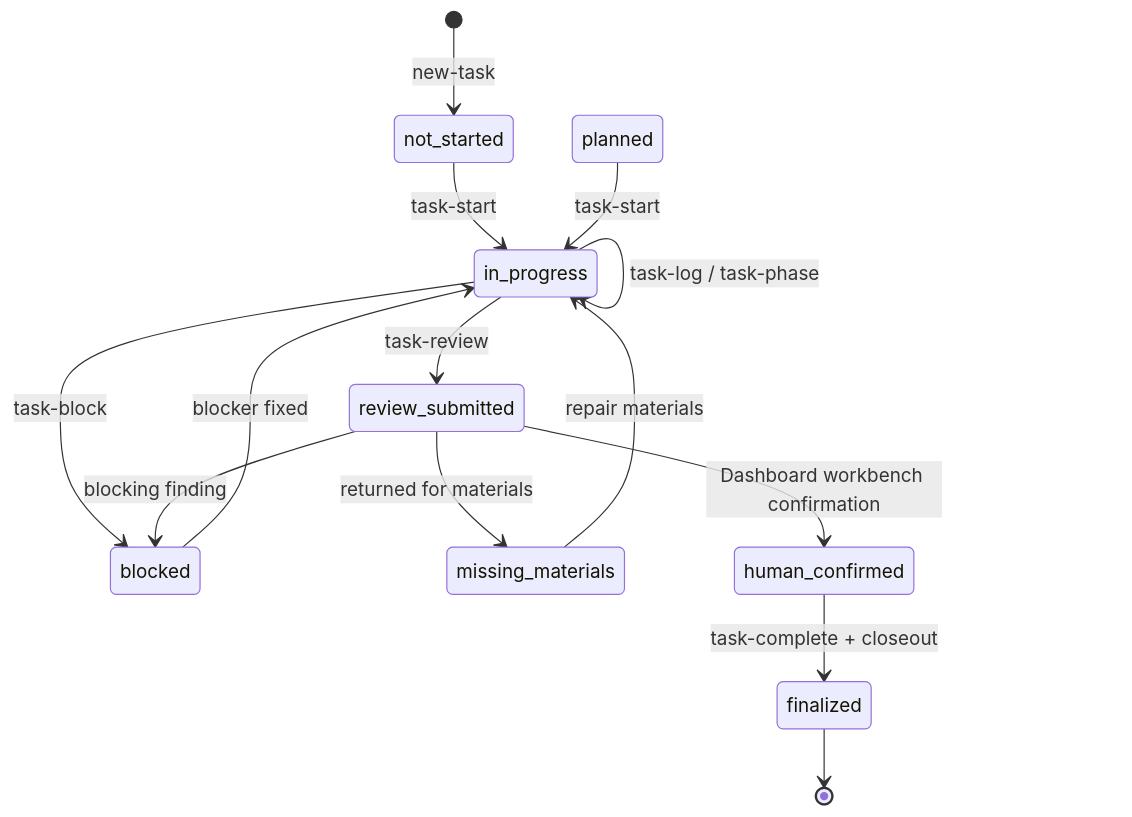
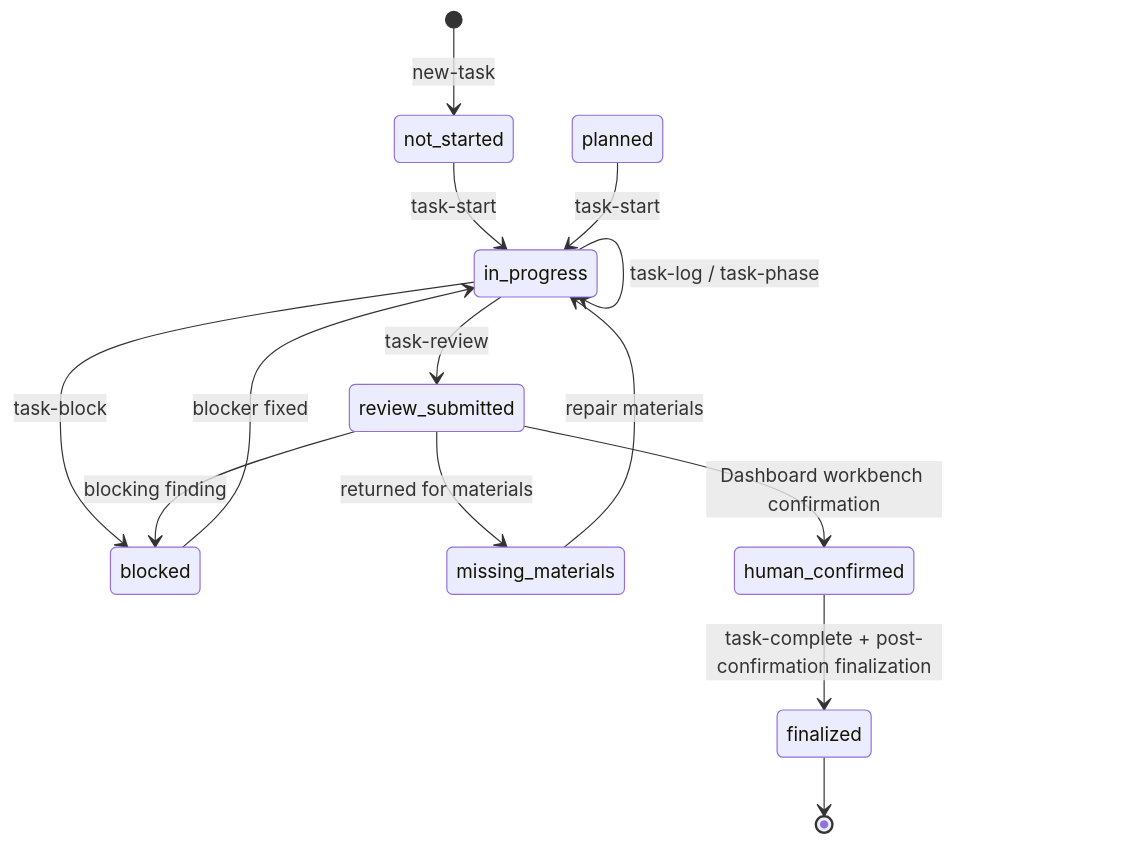
The first of 4 diagrams in docs-release/guides/task-state-machine.en-US.md (FairladyZ625/coding-agent-harness), drawn with Mermaid before and after one commit. The commit also changed other lines of this file and 7 other files, not shown here.

Commit message:
docs: clarify review closeout finalization boundary

````diff
--- a/docs-release/guides/task-state-machine.en-US.md
+++ b/docs-release/guides/task-state-machine.en-US.md
@@ -19,16 +19,16 @@
 ```mermaid
 stateDiagram-v2
   [*] --> not_started: new-task
   not_started --> in_progress: task-start
   planned --> in_progress: task-start
   in_progress --> in_progress: task-log / task-phase
   in_progress --> blocked: task-block
   blocked --> in_progress: blocker fixed
   in_progress --> review_submitted: task-review
   review_submitted --> missing_materials: returned for materials
   missing_materials --> in_progress: repair materials
   review_submitted --> blocked: blocking finding
   review_submitted --> human_confirmed: Dashboard workbench confirmation
-  human_confirmed --> finalized: task-complete + closeout
+  human_confirmed --> finalized: task-complete + post-confirmation finalization
   finalized --> [*]
 ```
````
